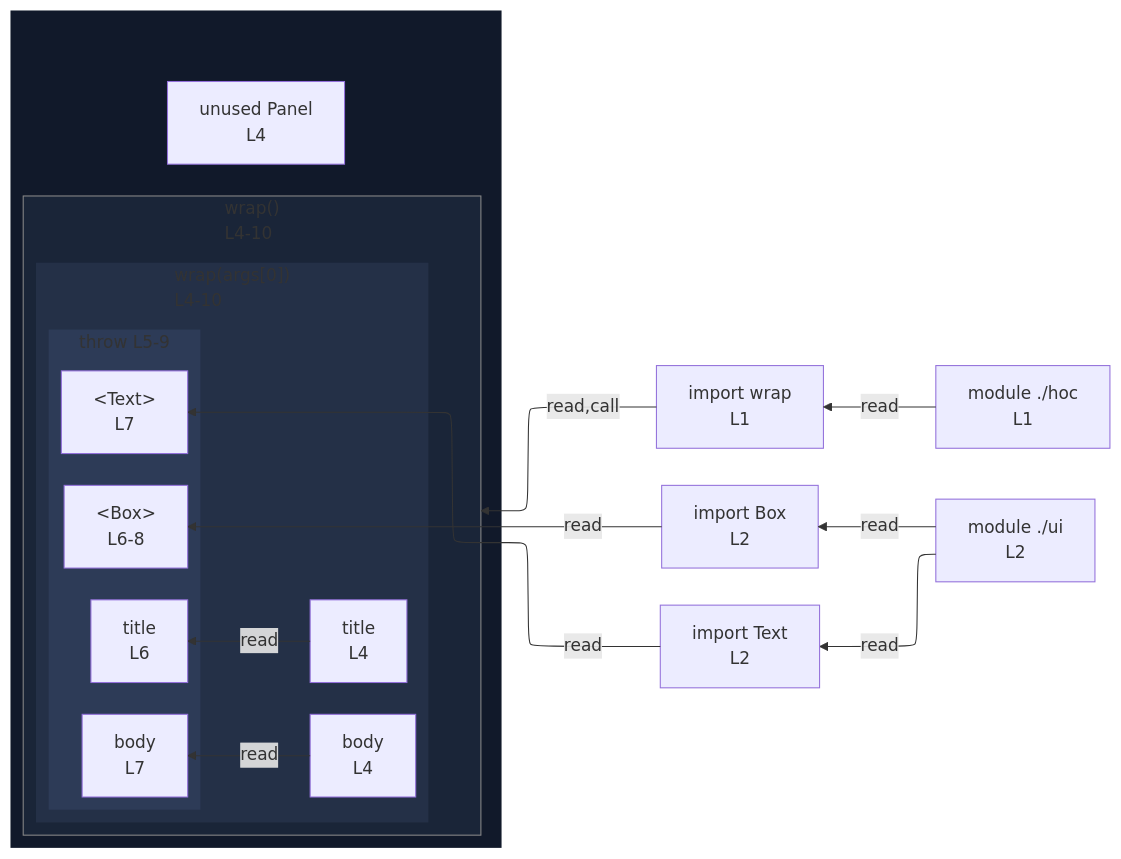
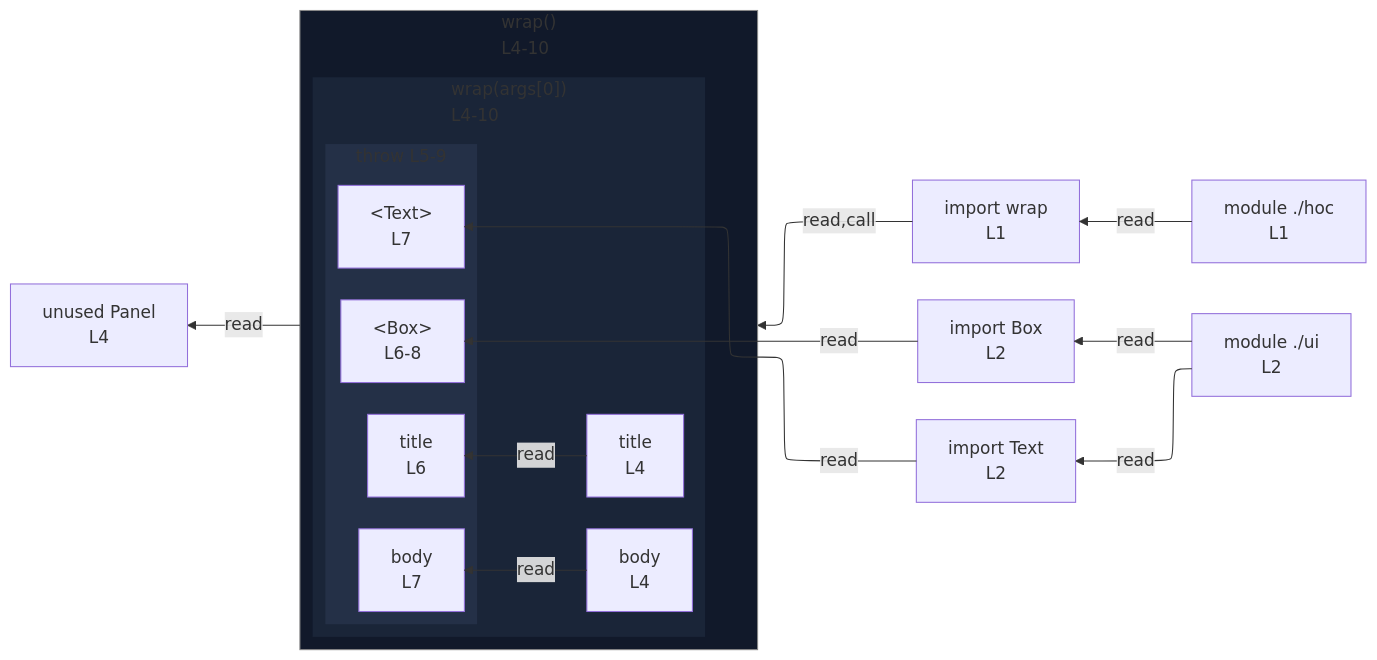
The diagram in integration/fixtures/jsx/call-argument-throw/preview.md (crescware/unsnarl), drawn with Mermaid before and after one commit. The commit also changed 105 other files, not shown here.

````diff
--- a/integration/fixtures/jsx/call-argument-throw/preview.md
+++ b/integration/fixtures/jsx/call-argument-throw/preview.md
@@ -20,46 +20,42 @@
 ```mermaid
 %%{init: {"flowchart": {"defaultRenderer": "elk"}}}%%
 flowchart RL
   n_scope_0_wrap_9["import wrap<br/>L1"]
   n_scope_0_Box_39["import Box<br/>L2"]
   n_scope_0_Text_44["import Text<br/>L2"]
-  subgraph wrap_call_proxy_86[" "]
-    direction TB
-    n_scope_0_Panel_78["unused Panel<br/>L4"]
-    subgraph call_proxy_86["wrap()<br/>L4-10"]
+  n_scope_0_Panel_78["unused Panel<br/>L4"]
+  subgraph call_proxy_86["wrap()<br/>L4-10"]
+    direction RL
+    subgraph s_scope_1["wrap(args[0])<br/>L4-10"]
       direction RL
-      subgraph s_scope_1["wrap(args[0])<br/>L4-10"]
+      n_scope_1_title_92["title<br/>L4"]
+      n_scope_1_body_107["body<br/>L4"]
+      subgraph s_throw_scope_1_128_201["throw L5-9"]
         direction RL
-        n_scope_1_title_92["title<br/>L4"]
-        n_scope_1_body_107["body<br/>L4"]
-        subgraph s_throw_scope_1_128_201["throw L5-9"]
-          direction RL
-          throw_use_ref_2["&lt;Box&gt;<br/>L6-8"]
-          throw_use_ref_3["title<br/>L6"]
-          throw_use_ref_4["&lt;Text&gt;<br/>L7"]
-          throw_use_ref_5["body<br/>L7"]
-        end
+        throw_use_ref_2["&lt;Box&gt;<br/>L6-8"]
+        throw_use_ref_3["title<br/>L6"]
+        throw_use_ref_4["&lt;Text&gt;<br/>L7"]
+        throw_use_ref_5["body<br/>L7"]
       end
     end
   end
+  call_proxy_86 -->|read| n_scope_0_Panel_78
   n_scope_0_wrap_9 -->|read,call| call_proxy_86
   n_scope_0_Box_39 -->|read| throw_use_ref_2
   n_scope_1_title_92 -->|read| throw_use_ref_3
   n_scope_0_Text_44 -->|read| throw_use_ref_4
   n_scope_1_body_107 -->|read| throw_use_ref_5
   mod___hoc["module ./hoc<br/>L1"]
   mod___ui["module ./ui<br/>L2"]
   mod___hoc -->|read| n_scope_0_wrap_9
   mod___ui -->|read| n_scope_0_Box_39
   mod___ui -->|read| n_scope_0_Text_44
   classDef nestL1 fill:#11192a,stroke:transparent;
-  class wrap_call_proxy_86 nestL1;
+  class call_proxy_86 nestL1;
   classDef nestL2 fill:#1a2538,stroke:transparent;
-  class call_proxy_86 nestL2;
+  class s_scope_1 nestL2;
   classDef nestL3 fill:#243047,stroke:transparent;
-  class s_scope_1 nestL3;
-  classDef nestL4 fill:#2d3b57,stroke:transparent;
-  class s_throw_scope_1_128_201 nestL4;
+  class s_throw_scope_1_128_201 nestL3;
   classDef edgeTargetSubgraph stroke:#888;
   class call_proxy_86 edgeTargetSubgraph;
 ```
````
